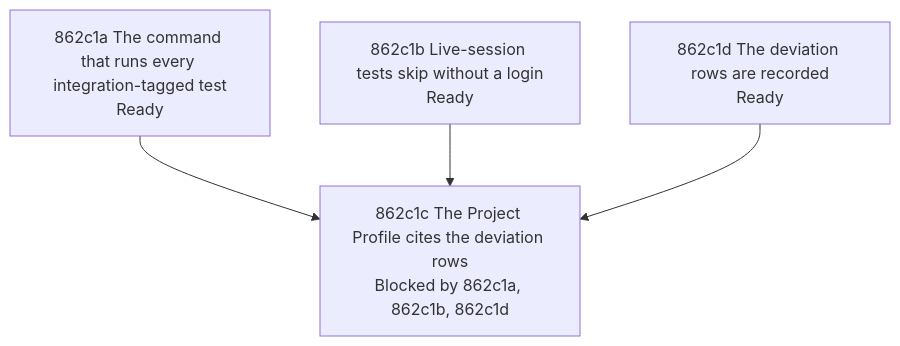
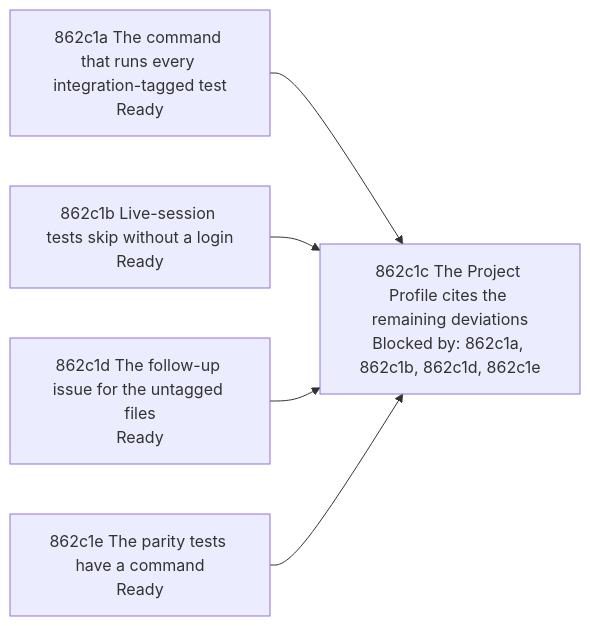
Before and after one commit to toejough/engram: the diagram in docs/changes/862_test-suite-classification/862c_implementation-plan.md, drawn with Mermaid. The commit also changed other lines of this file and 7 other files, not shown here.

````diff
--- a/docs/changes/862_test-suite-classification/862c_implementation-plan.md
+++ b/docs/changes/862_test-suite-classification/862c_implementation-plan.md
@@ -9,10 +9,12 @@
 ```mermaid
-flowchart TD
+flowchart LR
     N1a["862c1a The command that runs every integration-tagged test<br/>Ready"]
     N1b["862c1b Live-session tests skip without a login<br/>Ready"]
-    N1d["862c1d The deviation rows are recorded<br/>Ready"]
-    N1c["862c1c The Project Profile cites the deviation rows<br/>Blocked by 862c1a, 862c1b, 862c1d"]
+    N1e["862c1e The parity tests have a command<br/>Ready"]
+    N1d["862c1d The follow-up issue for the untagged files<br/>Ready"]
+    N1c["862c1c The Project Profile cites the remaining deviations<br/>Blocked by: 862c1a, 862c1b, 862c1d, 862c1e"]
     N1a --> N1c
     N1b --> N1c
     N1d --> N1c
+    N1e --> N1c
 ```
````
